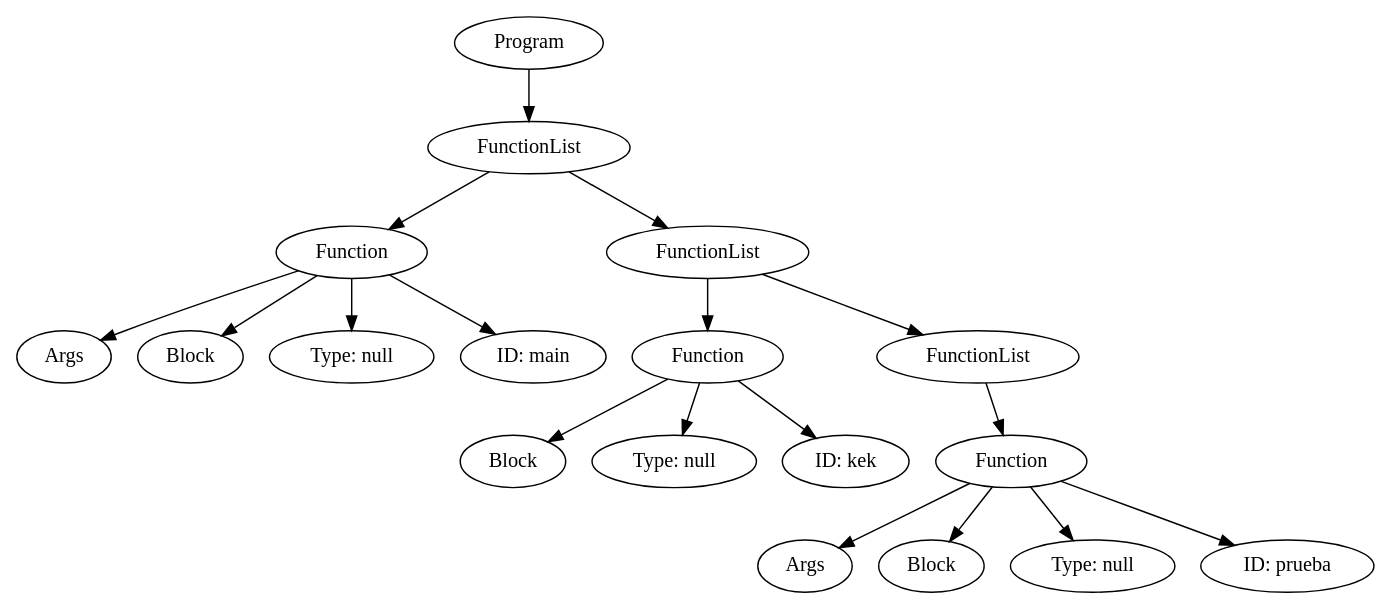
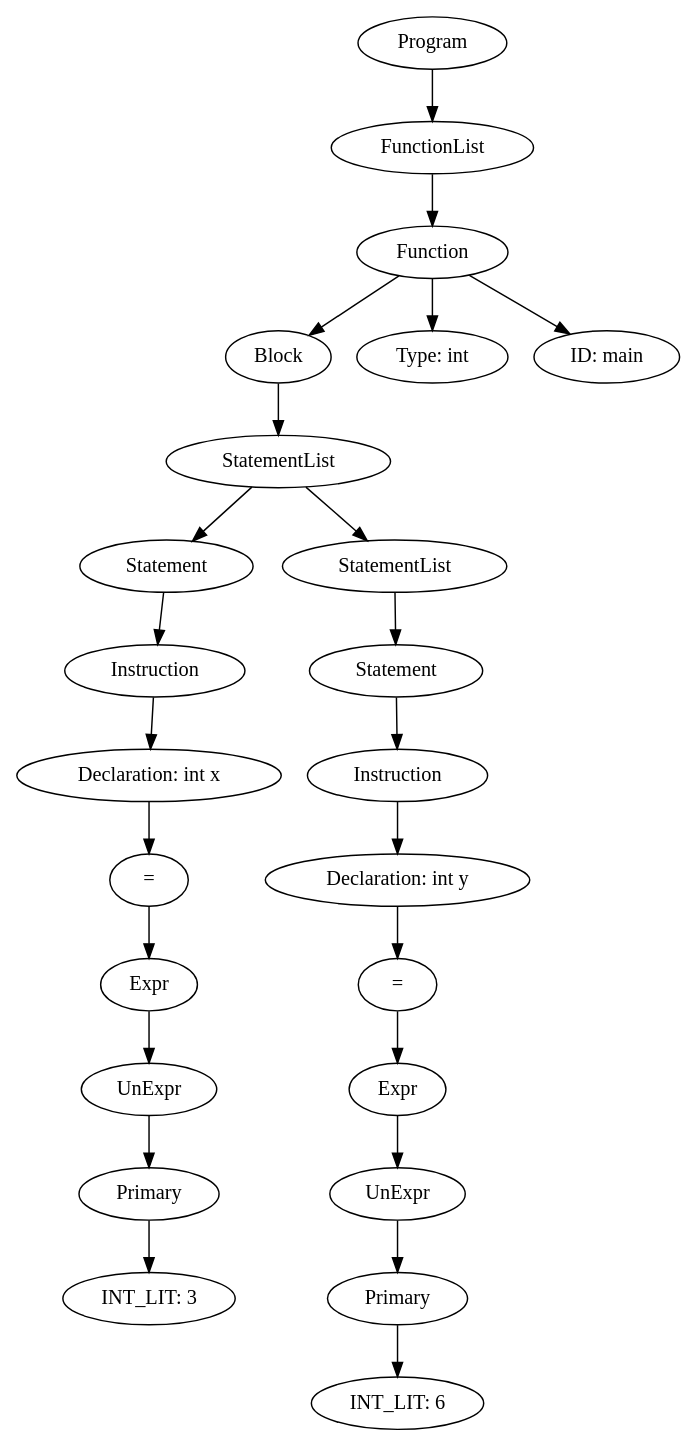
The diagram in dot/prueba.dot (s-rom/CycloneCompiler), drawn with Graphviz before and after one commit. The commit also changed 32 other files, not shown here.

```diff
--- a/dot/prueba.dot
+++ b/dot/prueba.dot
@@ -1,37 +1,49 @@
 digraph ccTree {
-	n0 [label = "Args"]
-	n1 [label = "Block"]
-	n2 [label = "Function"]
-	n3 [label = "Type: null"]
-	n4 [label = "ID: main"]
-	n2-> n3
-	n2-> n4
+	n0 [label = "Primary"]
+	n1 [label = "INT_LIT: 3"]
+	n0-> n1
+	n2 [label = "UnExpr"]
 	n2-> n0
-	n2-> n1
-	n5 [label = "Block"]
-	n6 [label = "Function"]
-	n7 [label = "Type: null"]
-	n8 [label = "ID: kek"]
-	n6-> n7
-	n6-> n8
+	n3 [label = "Expr"]
+	n3-> n2
+	n4 [label = "="]
+	n4-> n3
+	n5 [label = "Declaration: int x"]
+	n5-> n4
+	n6 [label = "Instruction"]
 	n6-> n5
-	n9 [label = "Args"]
-	n10 [label = "Block"]
-	n11 [label = "Function"]
-	n12 [label = "Type: null"]
-	n13 [label = "ID: prueba"]
-	n11-> n12
-	n11-> n13
-	n11-> n9
+	n7 [label = "Statement"]
+	n7-> n6
+	n8 [label = "Primary"]
+	n9 [label = "INT_LIT: 6"]
+	n8-> n9
+	n10 [label = "UnExpr"]
+	n10-> n8
+	n11 [label = "Expr"]
 	n11-> n10
-	n14 [label = "FunctionList"]
-	n14-> n11
-	n15 [label = "FunctionList"]
+	n12 [label = "="]
+	n12-> n11
+	n13 [label = "Declaration: int y"]
+	n13-> n12
+	n14 [label = "Instruction"]
+	n14-> n13
+	n15 [label = "Statement"]
 	n15-> n14
-	n15-> n6
-	n16 [label = "FunctionList"]
+	n16 [label = "StatementList"]
 	n16-> n15
-	n16-> n2
-	n17 [label = "Program"]
+	n17 [label = "StatementList"]
+	n17-> n7
 	n17-> n16
+	n18 [label = "Block"]
+	n18-> n17
+	n19 [label = "Function"]
+	n20 [label = "Type: int"]
+	n21 [label = "ID: main"]
+	n19-> n20
+	n19-> n21
+	n19-> n18
+	n22 [label = "FunctionList"]
+	n22-> n19
+	n23 [label = "Program"]
+	n23-> n22
 }
```
